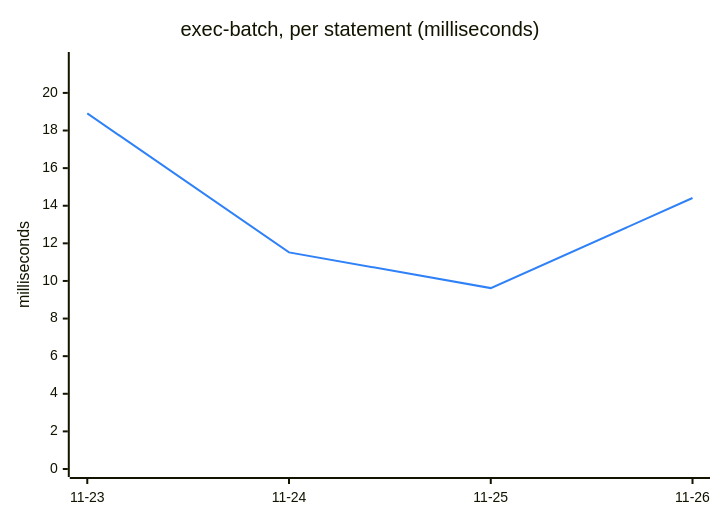
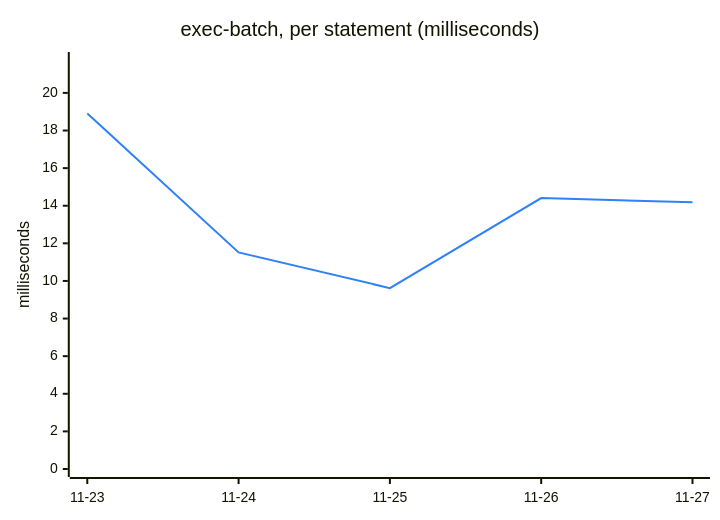
Before and after one commit to engalar/mxcli: the fifth of 6 diagrams in TREND.md, drawn with Mermaid. The commit also changed other lines of this file and 2 other files, not shown here.

````diff
--- a/TREND.md
+++ b/TREND.md
@@ -111,13 +111,13 @@
 ```mermaid
 ---
 config:
   themeVariables:
     xyChart:
       plotColorPalette: "#2f81f7"
 ---
 xychart-beta
     title "exec-batch, per statement (milliseconds)"
-    x-axis ["11-23", "11-24", "11-25", "11-26"]
+    x-axis ["11-23", "11-24", "11-25", "11-26", "11-27"]
     y-axis "milliseconds" 0 --> 21.75
-    line [18.91, 11.52, 9.62, 14.41]
+    line [18.91, 11.52, 9.62, 14.41, 14.18]
 ```
````
